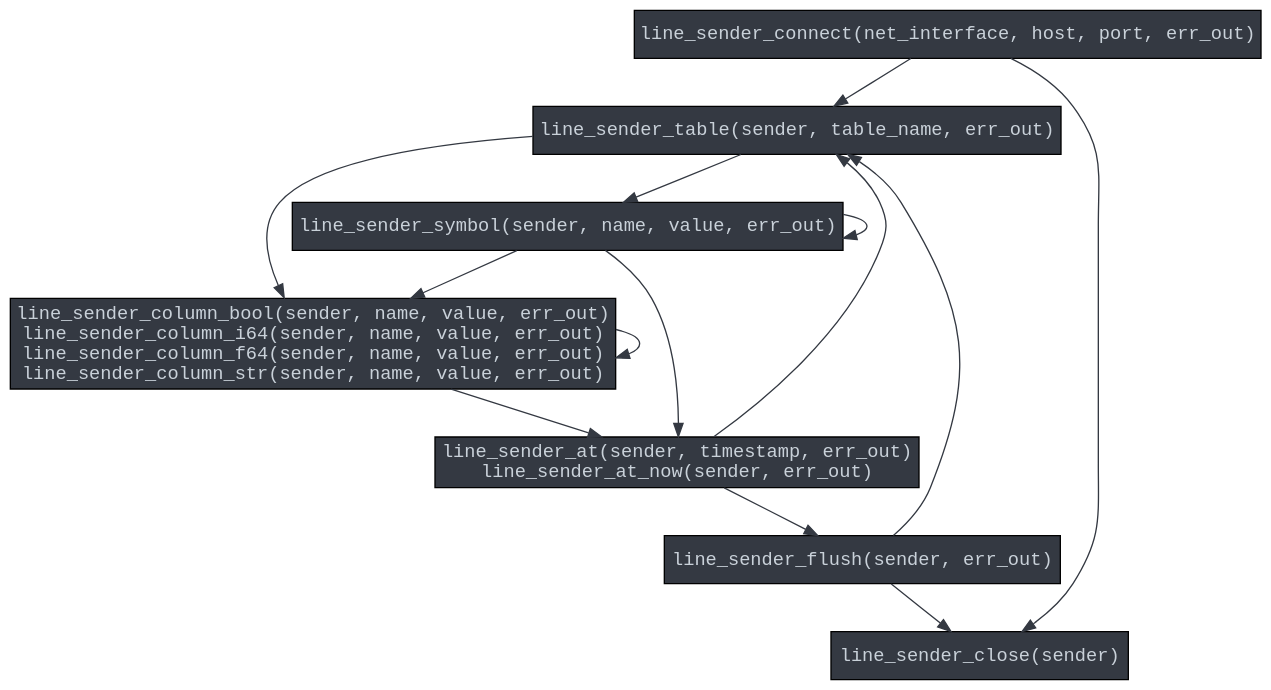
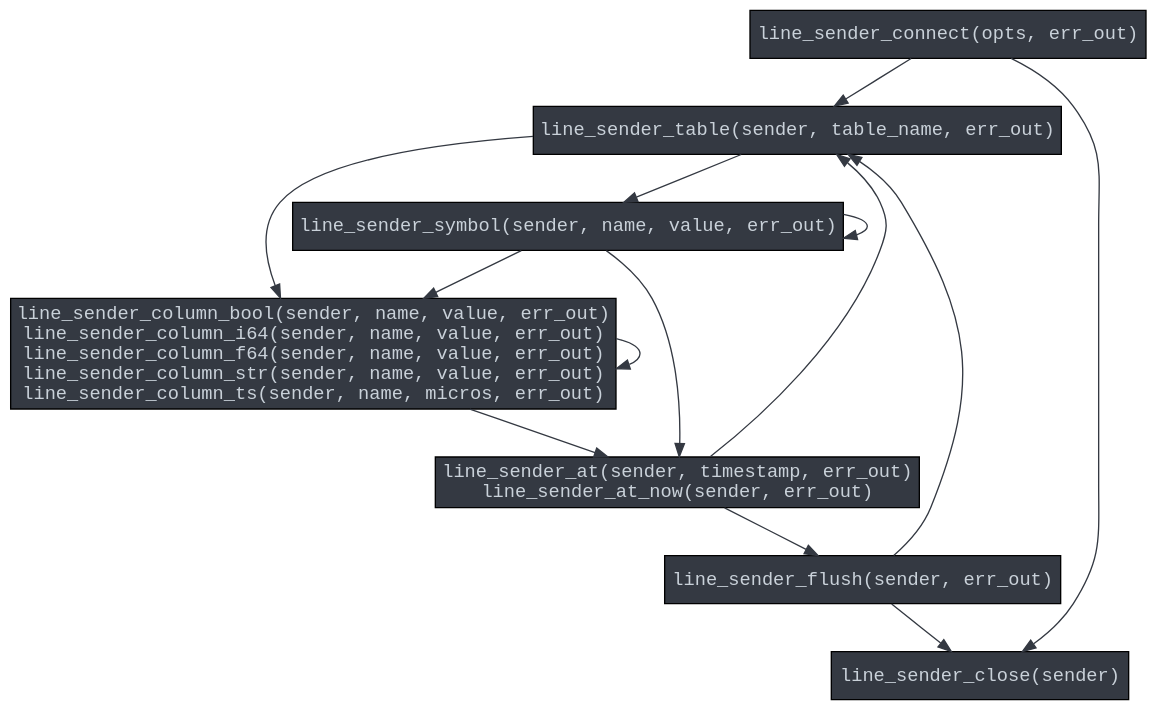
The diagram in api_seq/c.dot (questdb/c-questdb-client), drawn with Graphviz before and after one commit. The commit also changed 34 other files, not shown here.

Commit message:
BREAKING CHANGE: Improved validation of names, new `opts` builder, new timestamp column and general API improvements. (#11)

```diff
--- a/api_seq/c.dot
+++ b/api_seq/c.dot
@@ -1,34 +1,35 @@
 digraph line_sender_c_api {
 
   graph [bgcolor=transparent];
   node [style=filled, shape=box, fillcolor="#343942", fontcolor="#C9D1D9", fontname=monospace];
   edge [color="#343942"];
 
   line_sender_connect -> line_sender_table;
   line_sender_connect -> line_sender_close;
   line_sender_table -> line_sender_symbol;
   line_sender_symbol -> line_sender_symbol;
   line_sender_symbol -> line_sender_column;
   line_sender_symbol -> line_sender_at;
   line_sender_table -> line_sender_column;
   line_sender_column -> line_sender_column;
   line_sender_column -> line_sender_at;
   line_sender_at -> line_sender_flush;
   line_sender_flush -> line_sender_close;
   line_sender_at -> line_sender_table;
   line_sender_flush -> line_sender_table;
 
-  line_sender_connect [label="line_sender_connect(net_interface, host, port, err_out)"];
+  line_sender_connect [label="line_sender_connect(opts, err_out)"];
   line_sender_table [label="line_sender_table(sender, table_name, err_out)"];
   line_sender_symbol [label="line_sender_symbol(sender, name, value, err_out)"];
   line_sender_column [
       label="line_sender_column_bool(sender, name, value, err_out)
 line_sender_column_i64(sender, name, value, err_out)
 line_sender_column_f64(sender, name, value, err_out)
-line_sender_column_str(sender, name, value, err_out)"];
+line_sender_column_str(sender, name, value, err_out)
+line_sender_column_ts(sender, name, micros, err_out)"];
   line_sender_at [
       label="line_sender_at(sender, timestamp, err_out)
 line_sender_at_now(sender, err_out)"];
   line_sender_flush [label="line_sender_flush(sender, err_out)"];
   line_sender_close [label="line_sender_close(sender)"];
 }
```
